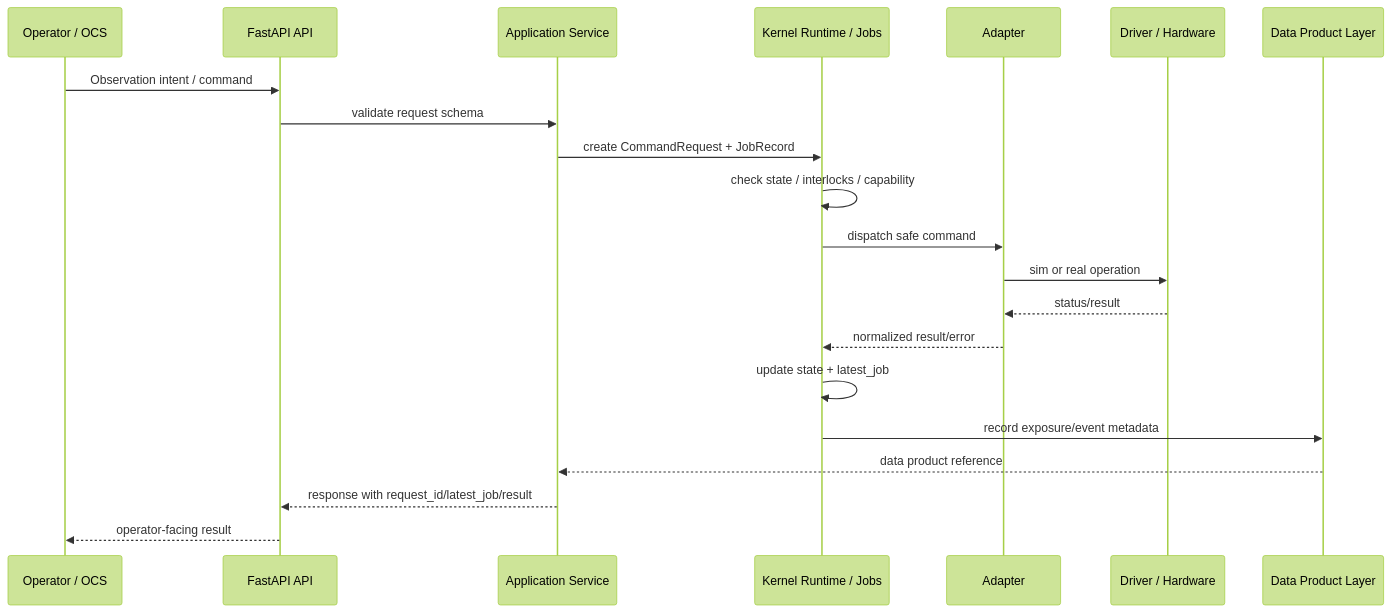
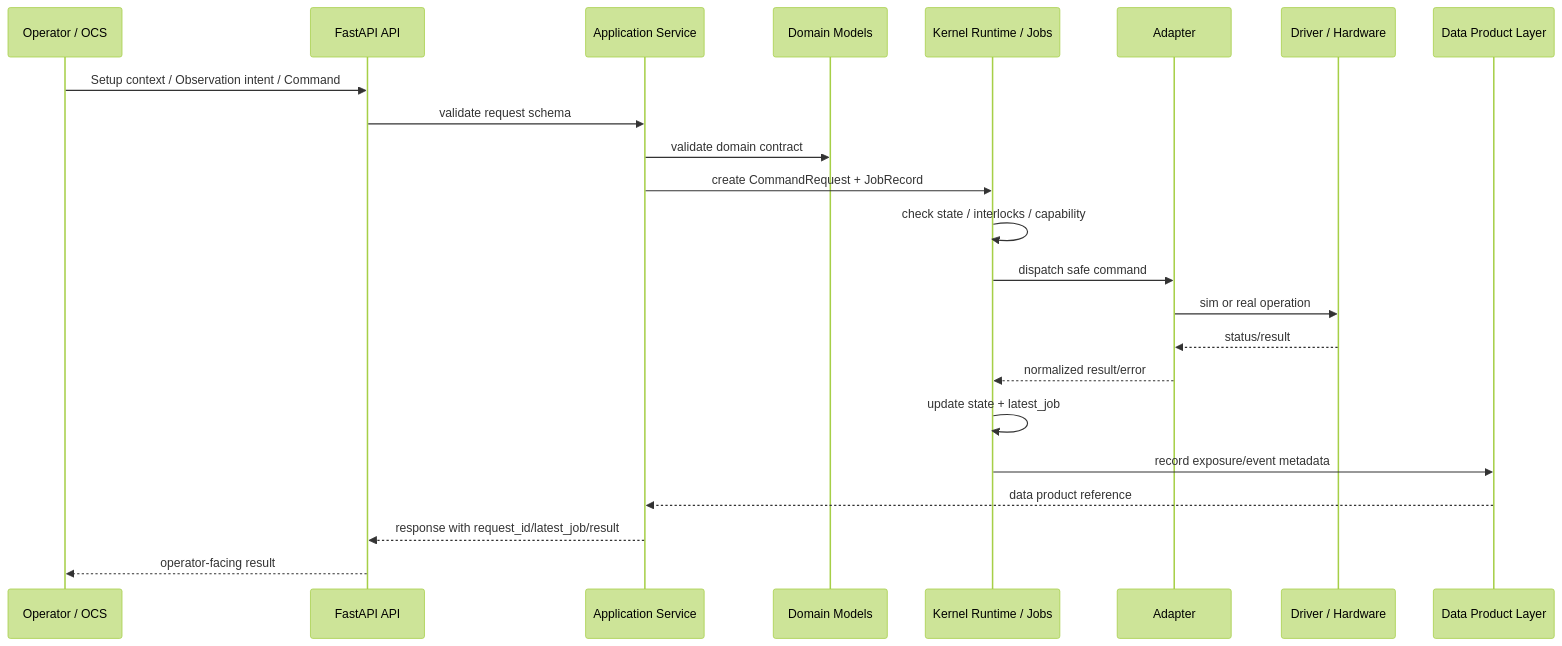
Before and after one commit to UmutMahmut/just-longslit-ics2: the second of 2 diagrams in docs/ics2_software_development_strategy.md, drawn with Mermaid (forest theme). The commit also changed other lines of this file, not shown here.

Commit message:
docs: update strategy for Phase 2.9 contract hardening

````diff
--- a/docs/ics2_software_development_strategy.md
+++ b/docs/ics2_software_development_strategy.md
@@ -285,24 +283,26 @@
 ```mermaid
 sequenceDiagram
     participant O as Operator / OCS
     participant API as FastAPI API
     participant APP as Application Service
+    participant D as Domain Models
     participant K as Kernel Runtime / Jobs
     participant A as Adapter
-    participant D as Driver / Hardware
+    participant HW as Driver / Hardware
     participant DP as Data Product Layer
 
-    O->>API: Observation intent / command
+    O->>API: Setup context / Observation intent / Command
     API->>APP: validate request schema
+    APP->>D: validate domain contract
     APP->>K: create CommandRequest + JobRecord
     K->>K: check state / interlocks / capability
     K->>A: dispatch safe command
-    A->>D: sim or real operation
-    D-->>A: status/result
+    A->>HW: sim or real operation
+    HW-->>A: status/result
     A-->>K: normalized result/error
     K->>K: update state + latest_job
     K->>DP: record exposure/event metadata
     DP-->>APP: data product reference
     APP-->>API: response with request_id/latest_job/result
     API-->>O: operator-facing result
 ```
````
